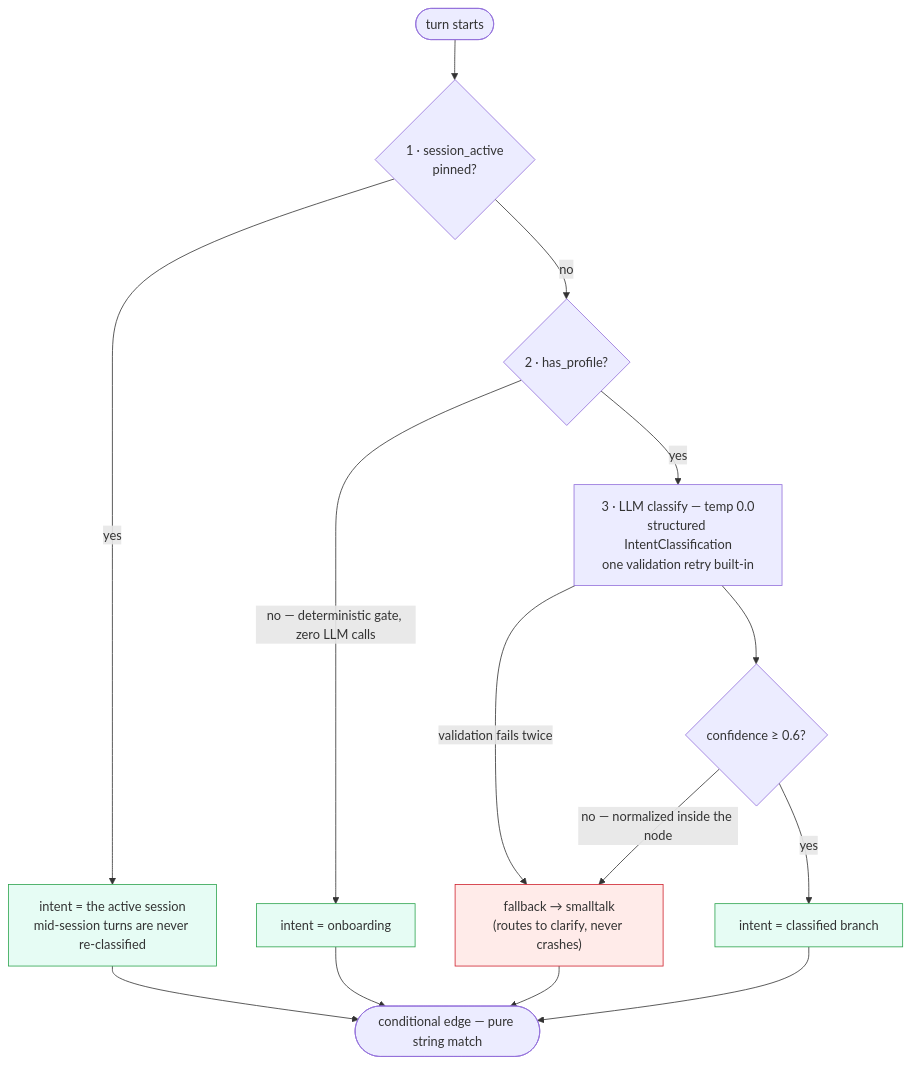
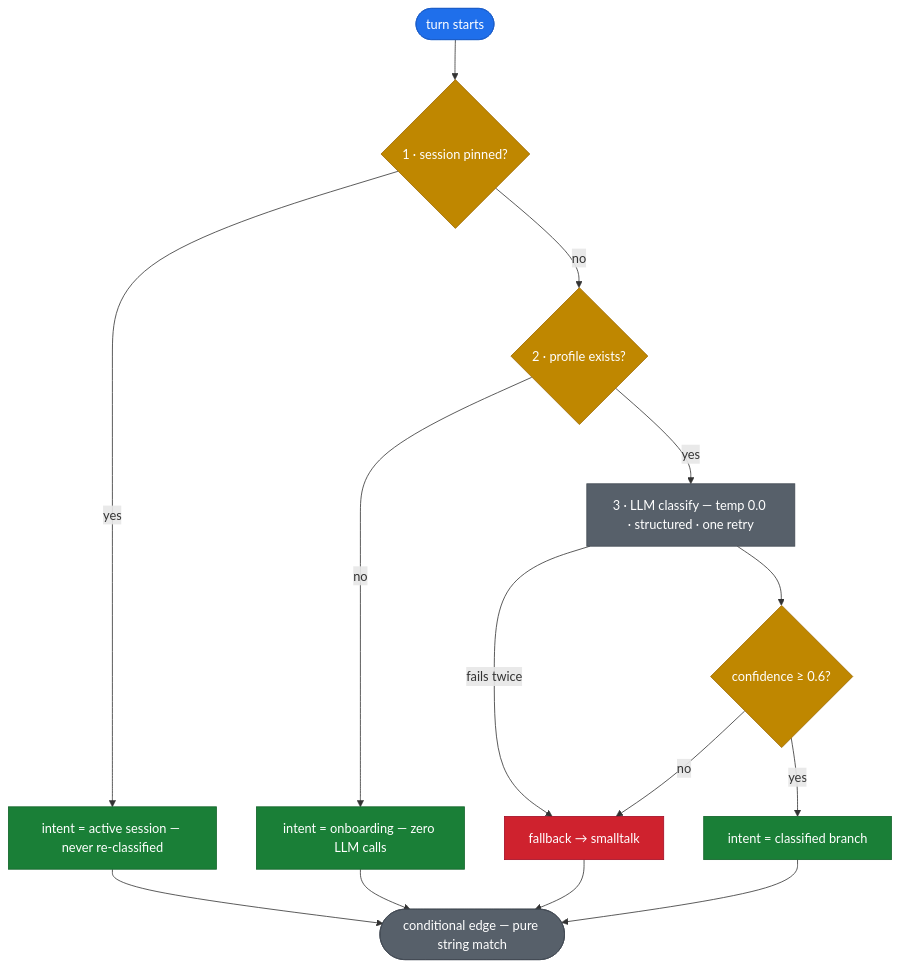
The second of 6 diagrams in README.md (shanmukhanssm/placement-prep-agent), drawn with Mermaid before and after one commit. The commit also changed other lines of this file, not shown here.

First line of the commit message:
docs(readme): vivid high-contrast diagrams + tighten to ~70% length

````diff
--- a/README.md
+++ b/README.md
@@ -98,18 +84,20 @@
 ```mermaid
 flowchart TD
-    A(["turn starts"]) --> G1{"1 · session_active<br/>pinned?"}
-    G1 -->|yes| PIN["intent = the active session<br/>mid-session turns are never re-classified"]
-    G1 -->|no| G2{"2 · has_profile?"}
-    G2 -->|"no — deterministic gate, zero LLM calls"| OB["intent = onboarding"]
-    G2 -->|yes| LLM["3 · LLM classify — temp 0.0<br/>structured IntentClassification<br/>one validation retry built-in"]
-    LLM -->|"validation fails twice"| FB["fallback → smalltalk<br/>(routes to clarify, never crashes)"]
+    A(["turn starts"]) --> G1{"1 · session pinned?"}
+    G1 -->|yes| PIN["intent = active session — never re-classified"]
+    G1 -->|no| G2{"2 · profile exists?"}
+    G2 -->|no| OB["intent = onboarding — zero LLM calls"]
+    G2 -->|yes| LLM["3 · LLM classify — temp 0.0 · structured · one retry"]
+    LLM -->|"fails twice"| FB["fallback → smalltalk"]
     LLM --> G3{"confidence ≥ 0.6?"}
-    G3 -->|"no — normalized inside the node"| FB
+    G3 -->|no| FB
     G3 -->|yes| OK["intent = classified branch"]
-    PIN & OB & FB & OK --> NEXT(["conditional edge — pure string match"])
-
-    style PIN fill:#e6fcf4,stroke:#2da44e
-    style OB fill:#e6fcf4,stroke:#2da44e
-    style FB fill:#ffebe9,stroke:#cf222e
-    style OK fill:#e6fcf4,stroke:#2da44e
+    PIN & OB & FB & OK --> N(["conditional edge — pure string match"])
+    classDef amber fill:#bf8700,stroke:#9e6a03,color:#fff
+    classDef green fill:#1a7f37,stroke:#116329,color:#fff
+    classDef red fill:#cf222e,stroke:#a40e26,color:#fff
+    classDef blue fill:#1f6feb,stroke:#1a5cc8,color:#fff
+    classDef slate fill:#57606a,stroke:#424a53,color:#fff
+    class A blue; class G1,G2,G3 amber; class PIN,OB,OK green
+    class FB red; class LLM,N slate
 ```
````
